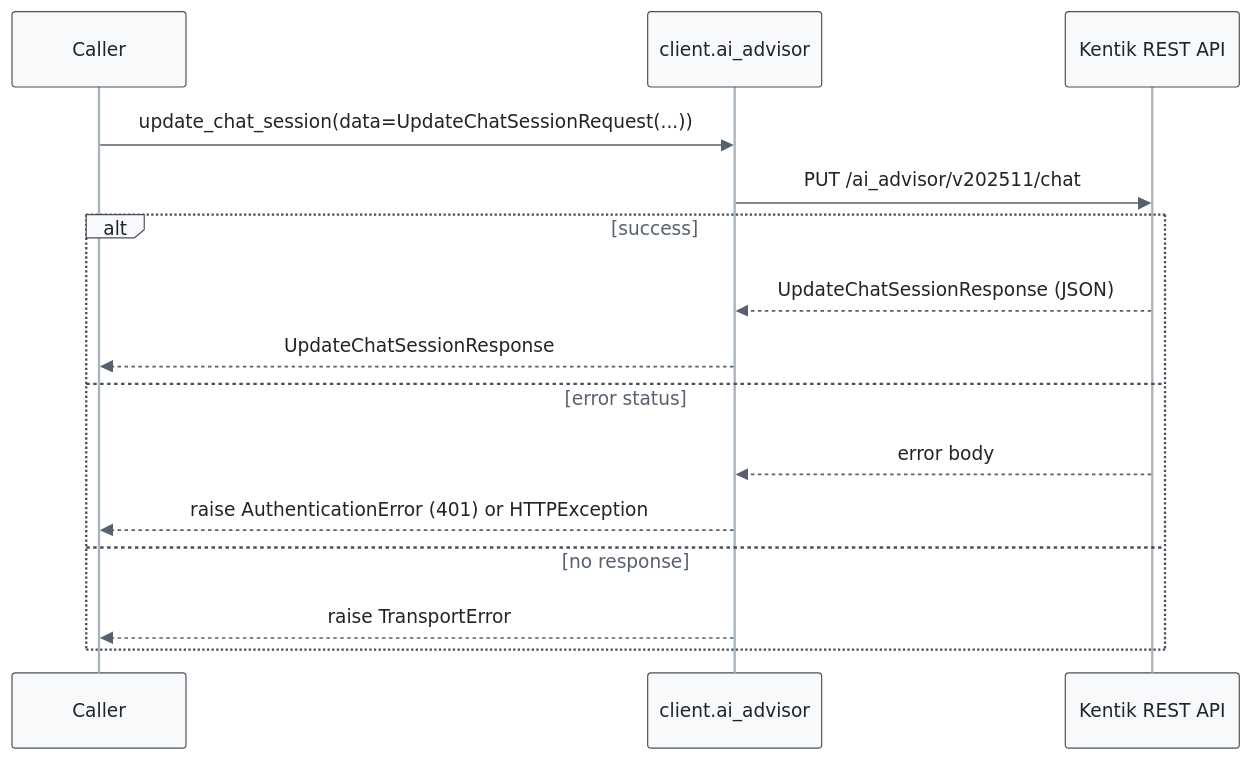
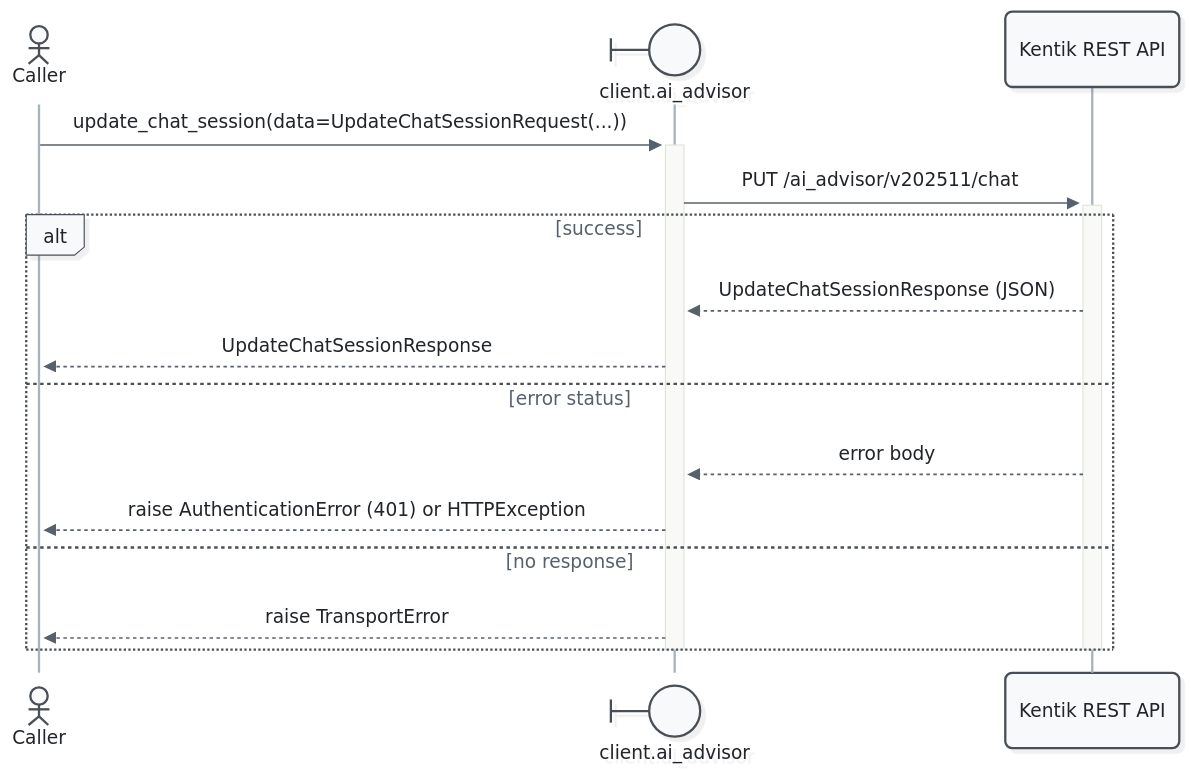
One commit to alexdearaujo/community_sdk_python changed the third of 7 diagrams in docs/sphinx/services/ai_advisor.md. Above: the diagram before and after it, drawn with Mermaid. The commit also changed other lines of this file and 52 other files, not shown here.

First line of the commit message:
docs: Mermaid 12 sequence diagrams with participant types and path colors

````diff
--- a/docs/sphinx/services/ai_advisor.md
+++ b/docs/sphinx/services/ai_advisor.md
@@ -112,19 +117,21 @@
 ```mermaid
-%%{init: {"theme": "base", "fontFamily": "ui-monospace, SFMono-Regular, Menlo, monospace", "themeVariables": {"fontFamily": "ui-monospace, SFMono-Regular, Menlo, monospace", "primaryColor": "#f8f9fa", "primaryBorderColor": "#495057", "primaryTextColor": "#212529", "textColor": "#212529", "lineColor": "#77818c", "edgeLabelBackground": "#ffffff", "actorBkg": "#f8f9fa", "actorBorder": "#495057", "actorTextColor": "#212529", "actorLineColor": "#a9b3be", "signalColor": "#57616d", "signalTextColor": "#212529", "labelBoxBkgColor": "#f8f9fa", "labelBoxBorderColor": "#495057", "labelTextColor": "#212529", "loopTextColor": "#57616d", "noteBkgColor": "#fff9db", "noteBorderColor": "#f08c00", "noteTextColor": "#a35a00"}, "flowchart": {"curve": "step", "nodeSpacing": 30, "rankSpacing": 70, "wrappingWidth": 400}}}%%
+%%{init: {"theme": "redux", "look": "neo", "layout": "dagre", "fontFamily": "ui-monospace, SFMono-Regular, Menlo, monospace", "themeVariables": {"fontFamily": "ui-monospace, SFMono-Regular, Menlo, monospace", "primaryColor": "#f8f9fa", "primaryBorderColor": "#495057", "primaryTextColor": "#212529", "textColor": "#212529", "lineColor": "#77818c", "edgeLabelBackground": "#ffffff", "actorBkg": "#f8f9fa", "actorBorder": "#495057", "actorTextColor": "#212529", "actorLineColor": "#a9b3be", "signalColor": "#57616d", "signalTextColor": "#212529", "labelBoxBkgColor": "#f8f9fa", "labelBoxBorderColor": "#495057", "labelTextColor": "#212529", "loopTextColor": "#57616d", "noteBkgColor": "#fff9db", "noteBorderColor": "#f08c00", "noteTextColor": "#a35a00"}, "sequence": {"activationWidth": 16}, "flowchart": {"curve": "step", "nodeSpacing": 30, "rankSpacing": 70, "wrappingWidth": 400}}}%%
 sequenceDiagram
-    participant C as Caller
-    participant W as client.ai_advisor
+    actor C as Caller
+    participant W@{ "type": "boundary" } as client.ai_advisor
     participant API as Kentik REST API
 
-    C->>W: update_chat_session(data=UpdateChatSessionRequest(...))
-    W->>API: PUT /ai_advisor/v202511/chat
+    C->>+W: update_chat_session(data=UpdateChatSessionRequest(...))
+    W->>+API: PUT /ai_advisor/v202511/chat
     alt success
         API-->>W: UpdateChatSessionResponse (JSON)
         W-->>C: UpdateChatSessionResponse
     else error status
         API-->>W: error body
         W-->>C: raise AuthenticationError (401) or HTTPException
     else no response
         W-->>C: raise TransportError
     end
+    deactivate API
+    deactivate W
 ```
````
